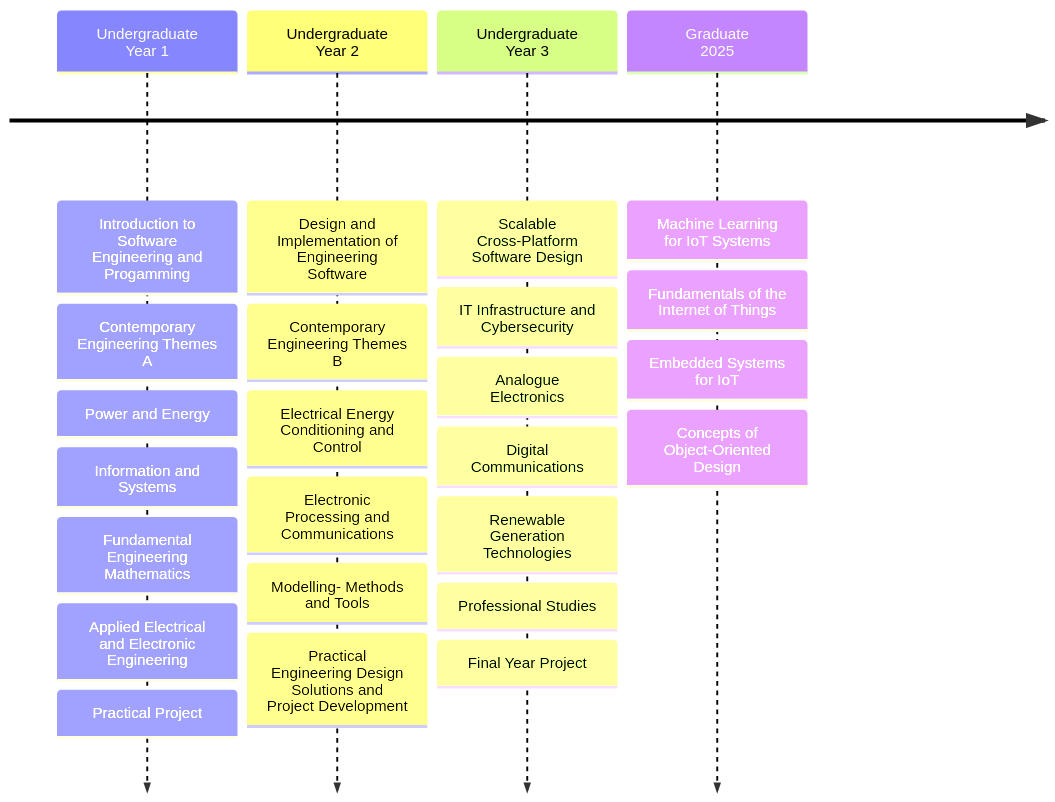
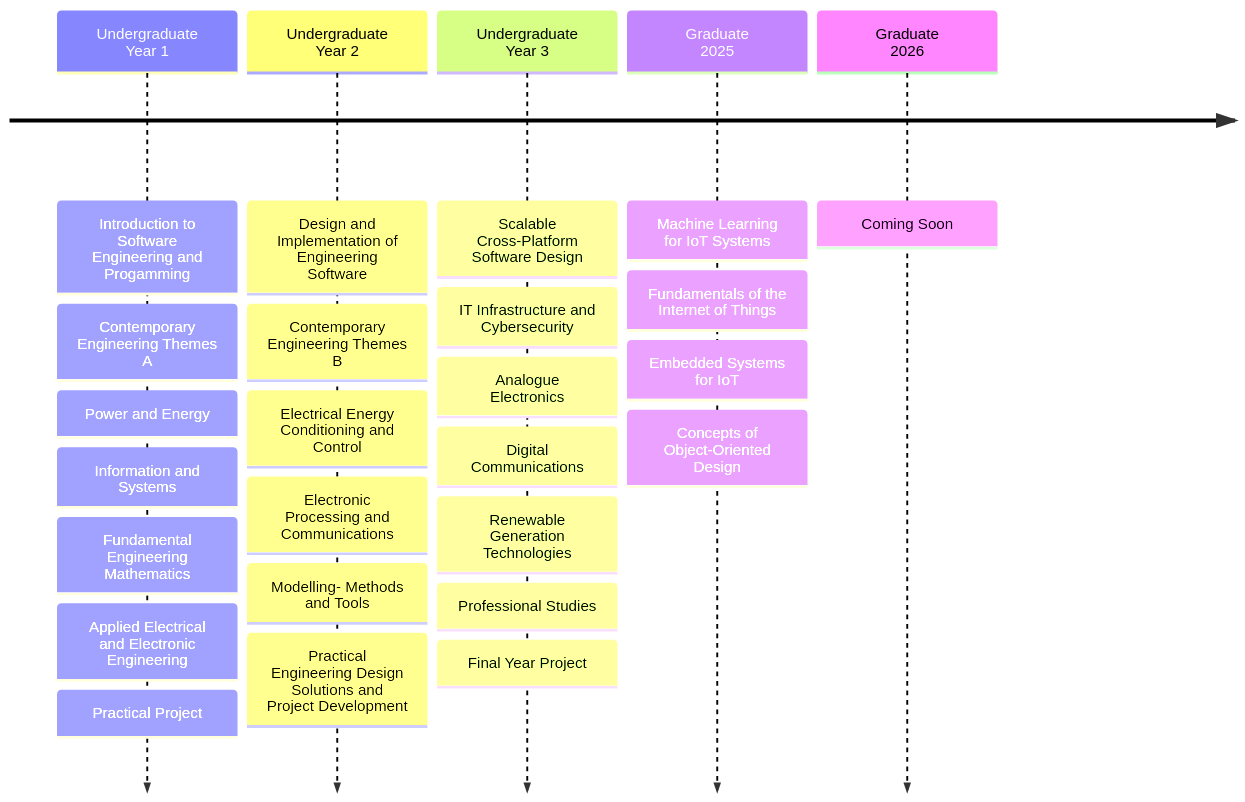
One commit to sohampatwardhan/sohampatwardhan changed the diagram in README.md. Above: the diagram before and after it, drawn with Mermaid. The commit also changed other lines of this file, not shown here.

````diff
--- a/README.md
+++ b/README.md
@@ -14,28 +14,33 @@
 ```mermaid
 
 timeline
     Undergraduate<br>Year 1 : Introduction to Software Engineering and Progamming
                             : Contemporary Engineering Themes A
                             : Power and Energy
                             : Information and Systems
                             : Fundamental Engineering Mathematics
                             : Applied Electrical and Electronic Engineering: Practical Project
+
     Undergraduate<br>Year 2 : Design and Implementation of Engineering Software
                             : Contemporary Engineering Themes B
                             : Electrical Energy Conditioning and Control
                             : Electronic Processing and Communications
                             : Modelling- Methods and Tools
                             : Practical Engineering Design Solutions and Project Development
+
     Undergraduate<br>Year 3 : Scalable Cross-Platform Software Design
                             : IT Infrastructure and Cybersecurity
                             : Analogue Electronics
                             : Digital Communications
                             : Renewable Generation Technologies
                             : Professional Studies
                             : Final Year Project
+
     Graduate<br>2025        : Machine Learning for IoT Systems
                             : Fundamentals of the Internet of Things
                             : Embedded Systems for IoT
                             : Concepts of Object-Oriented Design
 
+    Graduate<br>2026        : Coming Soon
+
 ```
````
